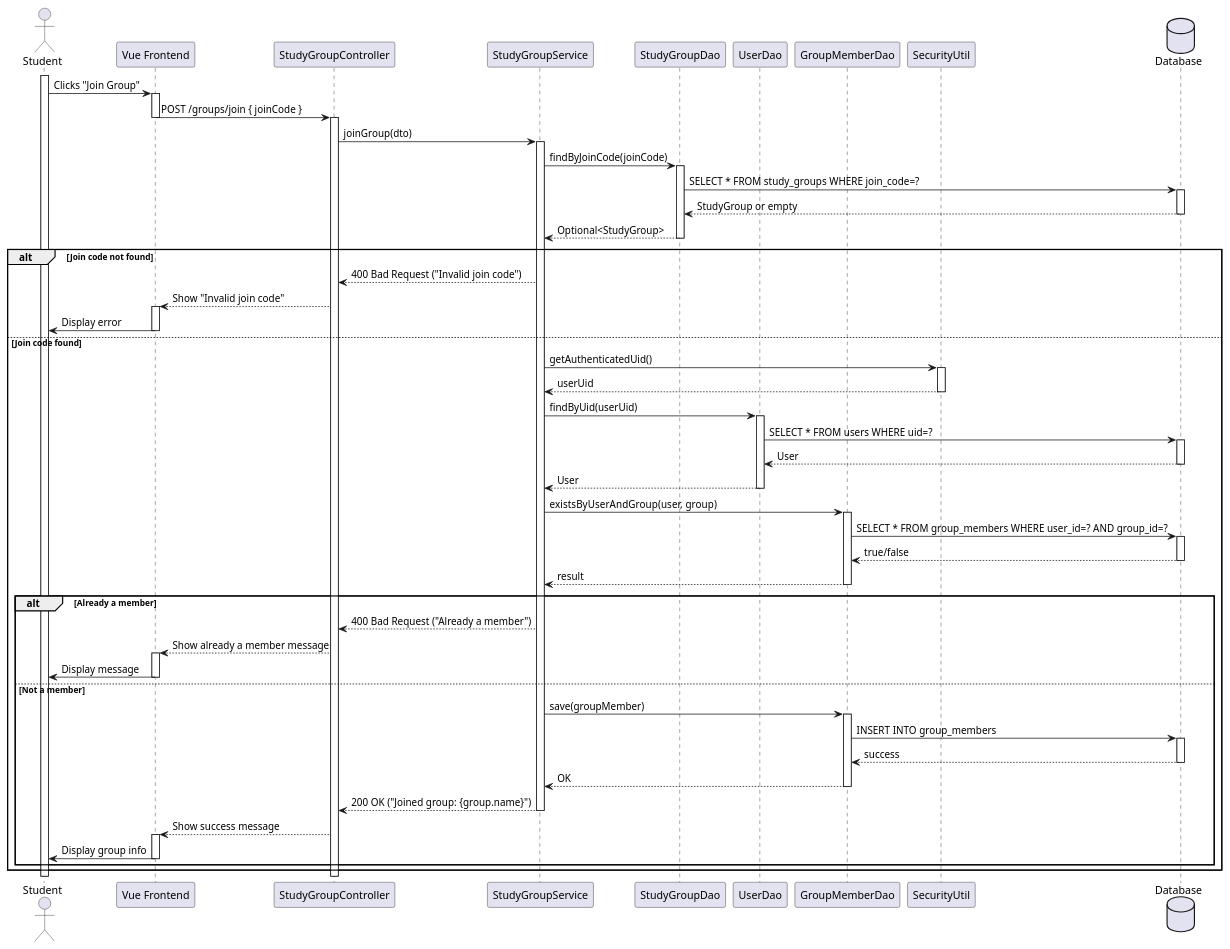
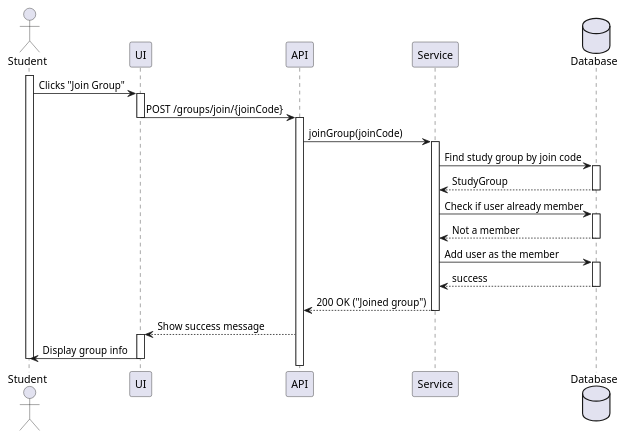
The diagram in sequence/p2/join-group.puml (keerati5003/PlanMate-Diagram), drawn with PlantUML before and after one commit. The commit also changed 6 other files, not shown here.

```diff
--- a/sequence/p2/join-group.puml
+++ b/sequence/p2/join-group.puml
@@ -1,88 +1,42 @@
 @startuml
 actor Student
-participant "Vue Frontend" as FE
-participant "StudyGroupController" as C
-participant "StudyGroupService" as S
-participant "StudyGroupDao" as SGD
-participant "UserDao" as UD
-participant "GroupMemberDao" as GMD
-participant "SecurityUtil" as SU
+participant "UI" as FE
+participant "API" as C
+participant "Service" as S
 database "Database" as DB
 
 activate Student
 Student -> FE : Clicks "Join Group"
 activate FE
 
-FE -> C : POST /groups/join { joinCode }
+FE -> C : POST /groups/join/{joinCode}
 deactivate FE
 activate C
 
-C -> S : joinGroup(dto)
+C -> S : joinGroup(joinCode)
 activate S
 
-S -> SGD : findByJoinCode(joinCode)
-activate SGD
+S -> DB : Find study group by join code
+activate DB
+DB --> S : StudyGroup
+deactivate DB
 
-SGD -> DB : SELECT * FROM study_groups WHERE join_code=?
+S -> DB : Check if user already member
 activate DB
-DB --> SGD : StudyGroup or empty
+DB --> S : Not a member
 deactivate DB
-SGD --> S : Optional<StudyGroup>
-deactivate SGD
 
-alt Join code not found
-    S --> C : 400 Bad Request ("Invalid join code")
-    C --> FE : Show "Invalid join code"
-    activate FE
-    FE -> Student : Display error
-    deactivate FE
-else Join code found
-    S -> SU : getAuthenticatedUid()
-    activate SU
-    SU --> S : userUid
-    deactivate SU
+S -> DB : Add user as the member
+activate DB
+DB --> S : success
+deactivate DB
 
-    S -> UD : findByUid(userUid)
-    activate UD
-    UD -> DB : SELECT * FROM users WHERE uid=?
-    activate DB
-    DB --> UD : User
-    deactivate DB
-    UD --> S : User
-    deactivate UD
+S --> C : 200 OK ("Joined group")
+deactivate S
 
-    S -> GMD : existsByUserAndGroup(user, group)
-    activate GMD
-    GMD -> DB : SELECT * FROM group_members WHERE user_id=? AND group_id=?
-    activate DB
-    DB --> GMD : true/false
-    deactivate DB
-    GMD --> S : result
-    deactivate GMD
-
-    alt Already a member
-        S --> C : 400 Bad Request ("Already a member")
-        C --> FE : Show already a member message
-        activate FE
-        FE -> Student : Display message
-        deactivate FE
-    else Not a member
-        S -> GMD : save(groupMember)
-        activate GMD
-        GMD -> DB : INSERT INTO group_members
-        activate DB
-        DB --> GMD : success
-        deactivate DB
-        GMD --> S : OK
-        deactivate GMD
-
-        S --> C : 200 OK ("Joined group: {group.name}")
-        deactivate S
-        C --> FE : Show success message
-        activate FE
-        FE -> Student : Display group info
-        deactivate FE
-    end
-end
-
+C --> FE : Show success message
+activate FE
+FE -> Student : Display group info
+deactivate FE
+deactivate Student
 @enduml
```
